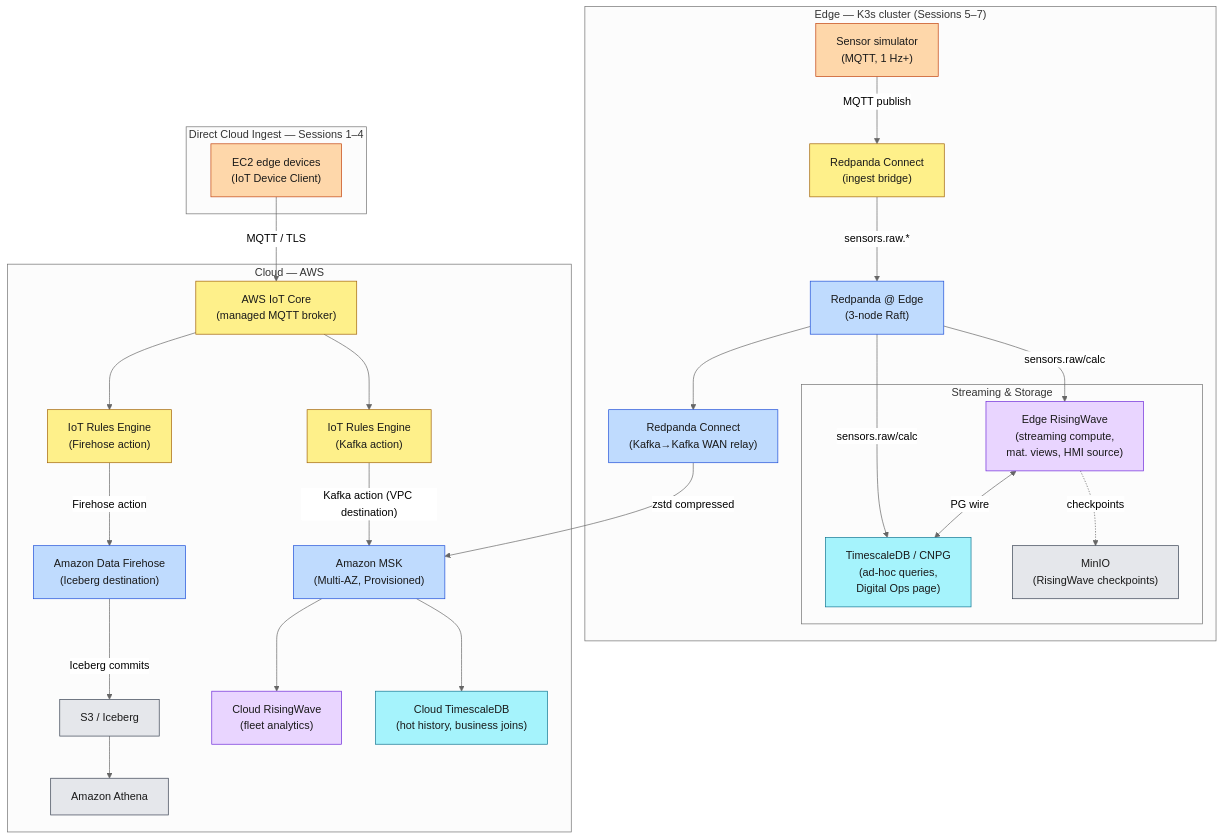
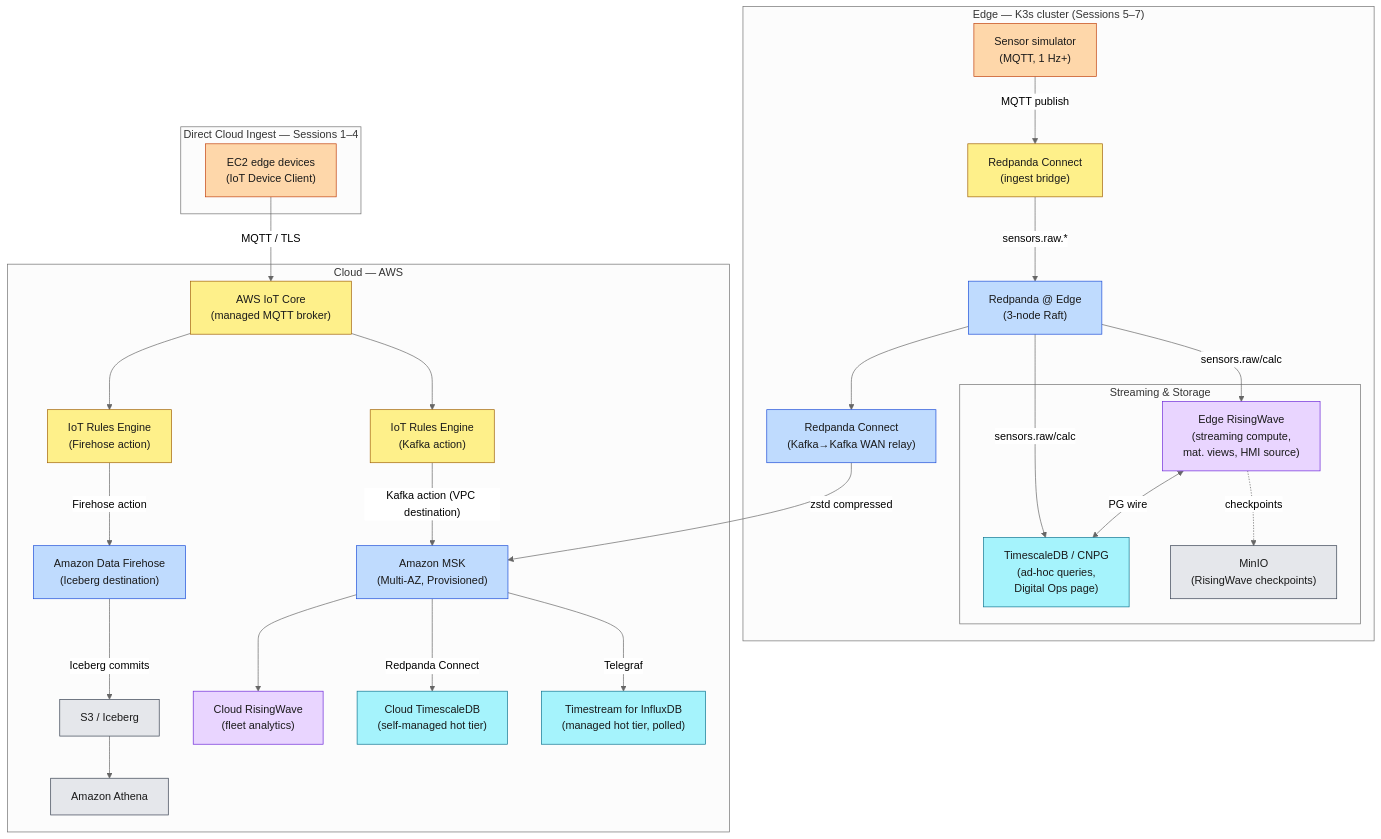
One commit to aws-samples/sample-edge-to-cloud-digital-ops-workshop changed the second of 2 diagrams in workshop/index.md. Above: the diagram before and after it, drawn with Mermaid (neutral theme). The commit also changed other lines of this file and 3 other files, not shown here.

````diff
--- a/workshop/index.md
+++ b/workshop/index.md
@@ -61,66 +61,68 @@
 ```mermaid
 flowchart TD
     subgraph edge["Edge — K3s cluster (Sessions 5–7)"]
         Sensor["Sensor simulator<br>(MQTT, 1 Hz+)"]
         MQTTBroker["Redpanda Connect<br>(ingest bridge)"]
         RP["Redpanda @ Edge<br>(3-node Raft)"]
 
         subgraph edge_compute["Streaming & Storage"]
             RW_edge["Edge RisingWave<br>(streaming compute,<br>mat. views, HMI source)"]
             TSDB["TimescaleDB / CNPG<br>(ad-hoc queries,<br>Digital Ops page)"]
             MinIO["MinIO<br>(RisingWave checkpoints)"]
         end
 
         RPC_relay["Redpanda Connect<br>(Kafka→Kafka WAN relay)"]
     end
 
     subgraph iot_edge["Direct Cloud Ingest — Sessions 1–4"]
         IoTDevice["EC2 edge devices<br>(IoT Device Client)"]
     end
 
     subgraph cloud["Cloud — AWS"]
         IoTCore["AWS IoT Core<br>(managed MQTT broker)"]
         IoTRuleFH["IoT Rules Engine<br>(Firehose action)"]
         Firehose["Amazon Data Firehose<br>(Iceberg destination)"]
         S3["S3 / Iceberg"]
         Athena["Amazon Athena"]
         IoTRule["IoT Rules Engine<br>(Kafka action)"]
         MSK["Amazon MSK<br>(Multi-AZ, Provisioned)"]
         RW_cloud["Cloud RisingWave<br>(fleet analytics)"]
-        TSDB_cloud["Cloud TimescaleDB<br>(hot history, business joins)"]
+        TSDB_cloud["Cloud TimescaleDB<br>(self-managed hot tier)"]
+        Influx_cloud["Timestream for InfluxDB<br>(managed hot tier, polled)"]
     end
 
     Sensor -->|MQTT publish| MQTTBroker
     MQTTBroker -->|sensors.raw.*| RP
     RP -->|sensors.raw/calc| RW_edge
     RP -->|sensors.raw/calc| TSDB
     RW_edge <-->|PG wire| TSDB
     RW_edge -.->|checkpoints| MinIO
     RP --> RPC_relay
     RPC_relay -->|zstd compressed| MSK
 
     IoTDevice -->|"MQTT / TLS"| IoTCore
     IoTCore --> IoTRuleFH
     IoTCore --> IoTRule
     IoTRuleFH -->|"Firehose action"| Firehose
     Firehose -->|"Iceberg commits"| S3
     S3 --> Athena
     IoTRule -->|"Kafka action (VPC destination)"| MSK
 
     MSK --> RW_cloud
-    MSK --> TSDB_cloud
+    MSK -->|"Redpanda Connect"| TSDB_cloud
+    MSK -->|"Telegraf"| Influx_cloud
 
     classDef sensor fill:#FED7AA,stroke:#C2410C,color:#1a1a1a
     classDef broker fill:#FEF08A,stroke:#A16207,color:#1a1a1a
     classDef streaming fill:#BFDBFE,stroke:#1D4ED8,color:#1a1a1a
     classDef inmem fill:#E9D5FF,stroke:#6D28D9,color:#1a1a1a
     classDef tsdb fill:#A5F3FC,stroke:#0E7490,color:#1a1a1a
     classDef object fill:#E5E7EB,stroke:#374151,color:#1a1a1a
 
     class Sensor,IoTDevice sensor
     class MQTTBroker,IoTCore,IoTRule,IoTRuleFH broker
     class RPC_relay,RP,MSK,Firehose streaming
     class RW_edge,RW_cloud inmem
-    class TSDB,TSDB_cloud tsdb
+    class TSDB,TSDB_cloud,Influx_cloud tsdb
     class MinIO,S3,Athena object
 ```
````
